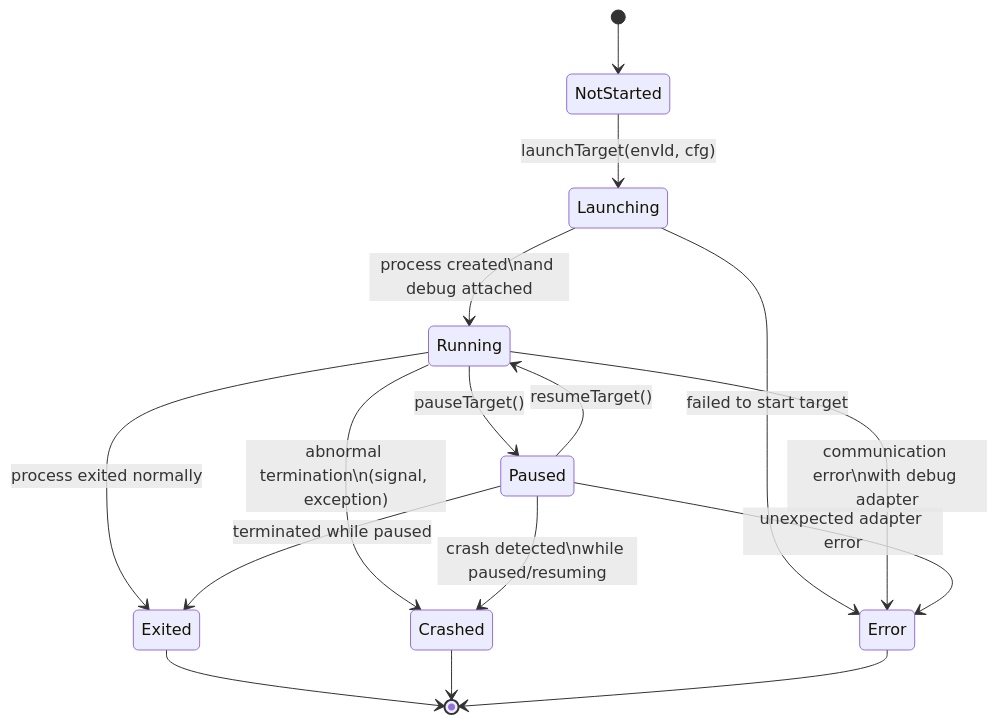
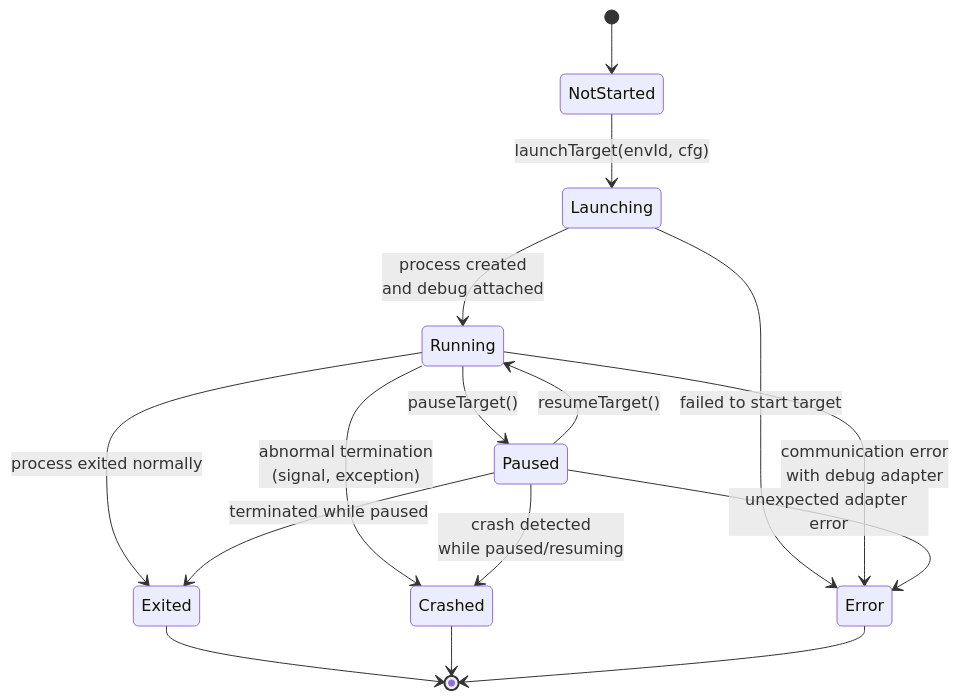
The diagram in docs/Diagrams/Runtime/target_states.md (Huraharah/guardAIn_Debugger), drawn with Mermaid before and after one commit. The commit also changed 8 other files, not shown here.

````diff
--- a/docs/Diagrams/Runtime/target_states.md
+++ b/docs/Diagrams/Runtime/target_states.md
@@ -1,23 +1,23 @@
 ```mermaid
 stateDiagram-v2
     [*] --> NotStarted
 
     NotStarted --> Launching: launchTarget(envId, cfg)
-    Launching --> Running: process created\nand debug attached
+    Launching --> Running: process created<br/>and debug attached
     Launching --> Error: failed to start target
 
     Running --> Paused: pauseTarget()
     Paused --> Running: resumeTarget()
 
     Running --> Exited: process exited normally
-    Running --> Crashed: abnormal termination\n(signal, exception)
+    Running --> Crashed: abnormal termination<br/>(signal, exception)
     Paused --> Exited: terminated while paused
-    Paused --> Crashed: crash detected\nwhile paused/resuming
+    Paused --> Crashed: crash detected<br/>while paused/resuming
 
-    Running --> Error: communication error\nwith debug adapter
+    Running --> Error: communication error<br/>with debug adapter
     Paused --> Error: unexpected adapter error
 
     Exited --> [*]
     Crashed --> [*]
     Error --> [*]
 ```
````
